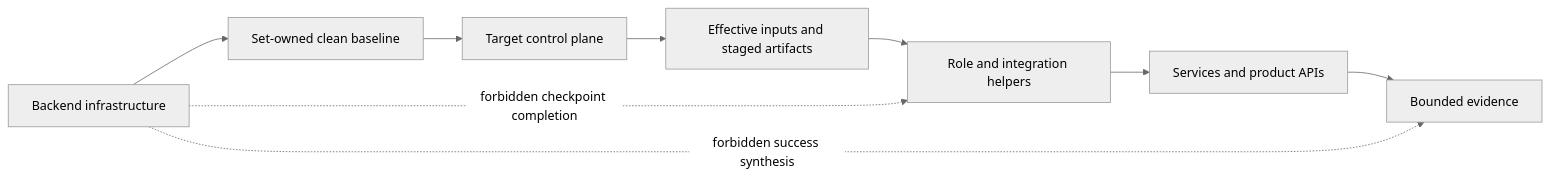
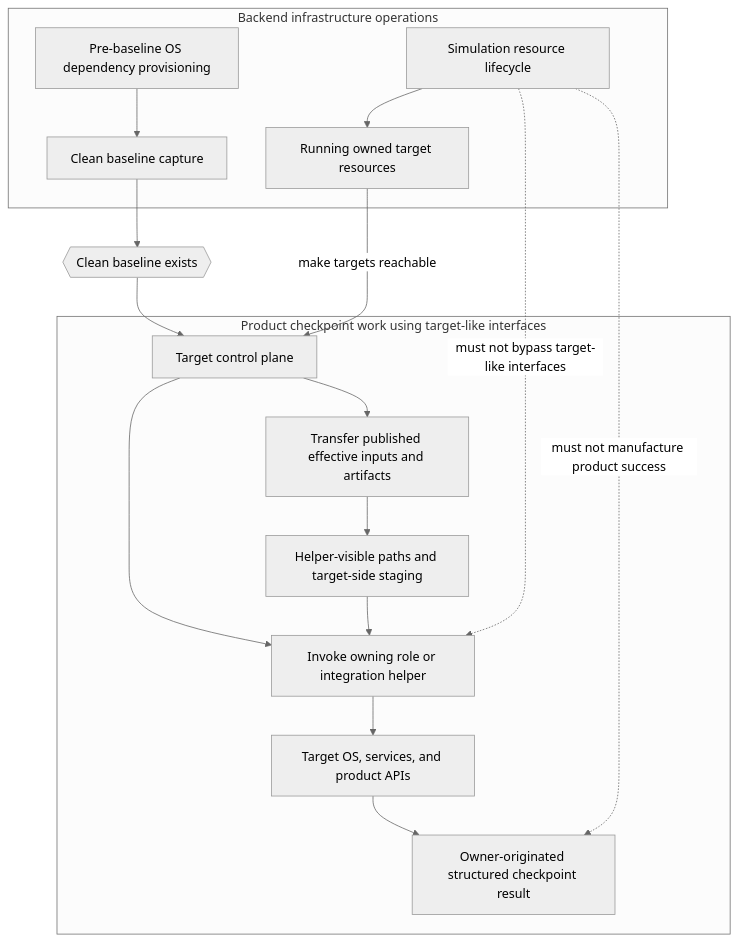
Before and after one commit to NoNine/loopforge: the third of 3 diagrams in simulation/docs/shared/harness-design.md, drawn with Mermaid (neutral theme). The commit also changed other lines of this file and 39 other files, not shown here.

First line of the commit message:
Clarify checkpoint result ownership

````diff
--- a/simulation/docs/shared/harness-design.md
+++ b/simulation/docs/shared/harness-design.md
@@ -212,20 +217,36 @@
 ```mermaid
-flowchart LR
-  BACKEND[Backend infrastructure]
-  BASELINE[Set-owned clean baseline]
-  TARGET[Target control plane]
-  INPUTS[Effective inputs and staged artifacts]
-  HELPERS[Role and integration helpers]
-  APIS[Services and product APIs]
-  EVIDENCE[Bounded evidence]
+flowchart TB
+  subgraph INFRA[Backend infrastructure operations]
+    PROVISION[Pre-baseline OS dependency provisioning]
+    BASELINE[Clean baseline capture]
+    RESOURCES[Simulation resource lifecycle]
+    AVAILABILITY[Running owned target resources]
 
-  BACKEND --> BASELINE
-  BASELINE --> TARGET
-  TARGET --> INPUTS
-  INPUTS --> HELPERS
-  HELPERS --> APIS
-  APIS --> EVIDENCE
+    PROVISION --> BASELINE
+    RESOURCES --> AVAILABILITY
+  end
 
-  BACKEND -. forbidden checkpoint completion .-> HELPERS
-  BACKEND -. forbidden success synthesis .-> EVIDENCE
+  GATE{{Clean baseline exists}}
+
+  subgraph TARGET[Product checkpoint work using target-like interfaces]
+    ACCESS[Target control plane]
+    TRANSFER[Transfer published effective inputs and artifacts]
+    INPUTS[Helper-visible paths and target-side staging]
+    HELPERS[Invoke owning role or integration helper]
+    RUNTIME[Target OS, services, and product APIs]
+    EVIDENCE[Owner-originated structured checkpoint result]
+
+    ACCESS --> TRANSFER
+    ACCESS --> HELPERS
+    TRANSFER --> INPUTS
+    INPUTS --> HELPERS
+    HELPERS --> RUNTIME
+    RUNTIME --> EVIDENCE
+  end
+
+  BASELINE --> GATE
+  GATE --> ACCESS
+  AVAILABILITY -->|make targets reachable| ACCESS
+  RESOURCES -. must not bypass target-like interfaces .-> HELPERS
+  RESOURCES -. must not manufacture product success .-> EVIDENCE
 ```
````
